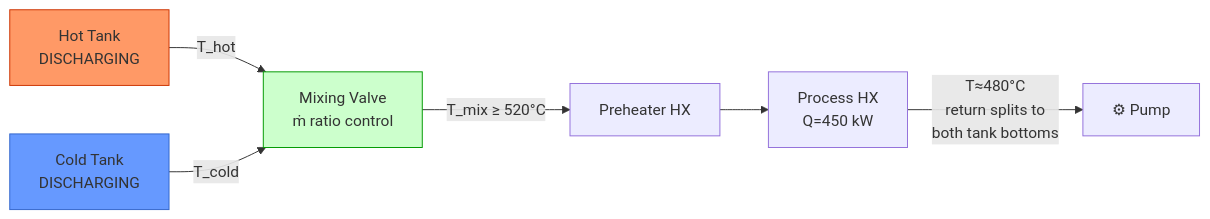
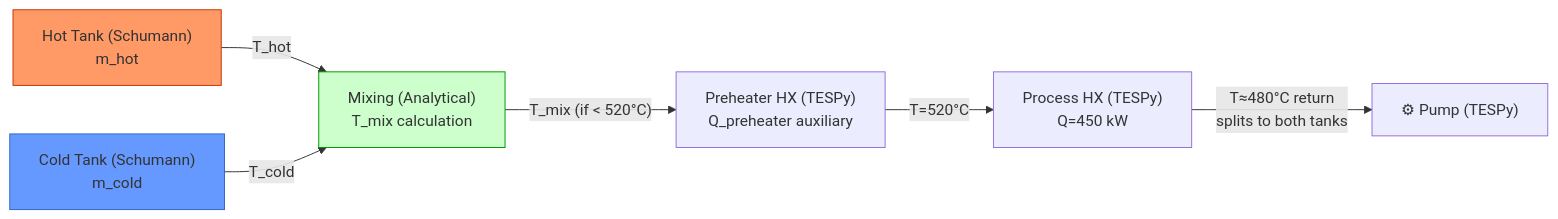
Diagram 11 of 17 in .planning/PLANT_LAYOUTS_AND_MODES.md (iwolde/pbtes-sim), drawn with Mermaid before and after one commit. The commit also changed other lines of this file and 12 other files, not shown here.

````diff
--- a/.planning/PLANT_LAYOUTS_AND_MODES.md
+++ b/.planning/PLANT_LAYOUTS_AND_MODES.md
@@ -426,12 +457,12 @@
 ```mermaid
 graph LR
-    HT["Hot Tank<br/>DISCHARGING"] -->|"T_hot"| MV["Mixing Valve<br/>ṁ ratio control"]
-    CT["Cold Tank<br/>DISCHARGING"] -->|"T_cold"| MV
-    MV -->|"T_mix ≥ 520°C"| PH["Preheater HX"]
-    PH --> PR["Process HX<br/>Q=450 kW"]
-    PR -->|"T≈480°C<br/>return splits to<br/>both tank bottoms"| P1["⚙ Pump"]
+    HT["Hot Tank (Schumann)<br/>m_hot"] -->|"T_hot"| MV["Mixing (Analytical)<br/>T_mix calculation"]
+    CT["Cold Tank (Schumann)<br/>m_cold"] -->|"T_cold"| MV
+    MV -->|"T_mix (if < 520°C)"| PH["Preheater HX (TESPy)<br/>Q_preheater auxiliary"]
+    PH -->|"T=520°C"| PR["Process HX (TESPy)<br/>Q=450 kW"]
+    PR -->|"T≈480°C return<br/>splits to both tanks"| P1["⚙ Pump (TESPy)"]
 
     style HT fill:#f96,stroke:#c30
     style CT fill:#69f,stroke:#36c
     style MV fill:#cfc,stroke:#090
 ```
````
